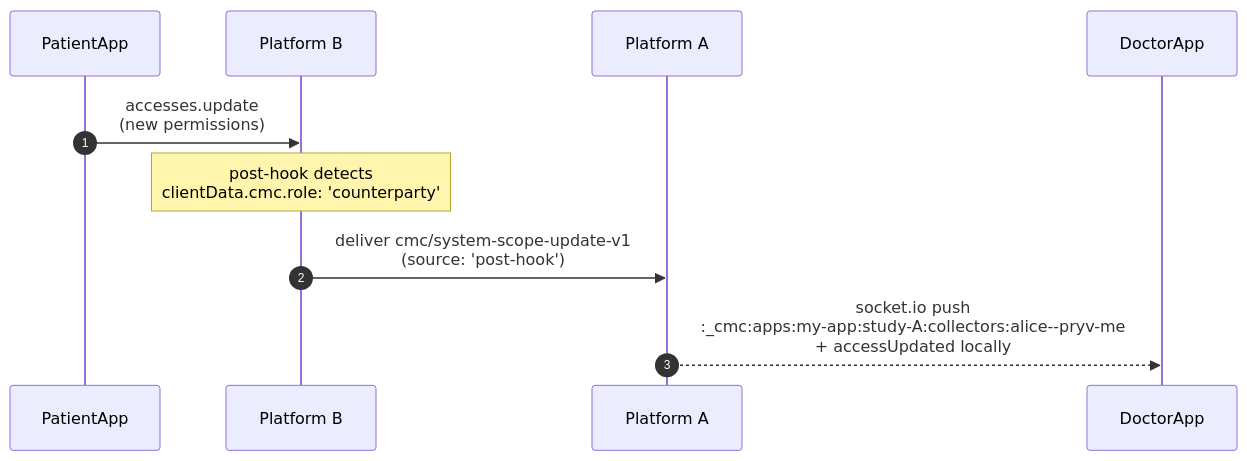
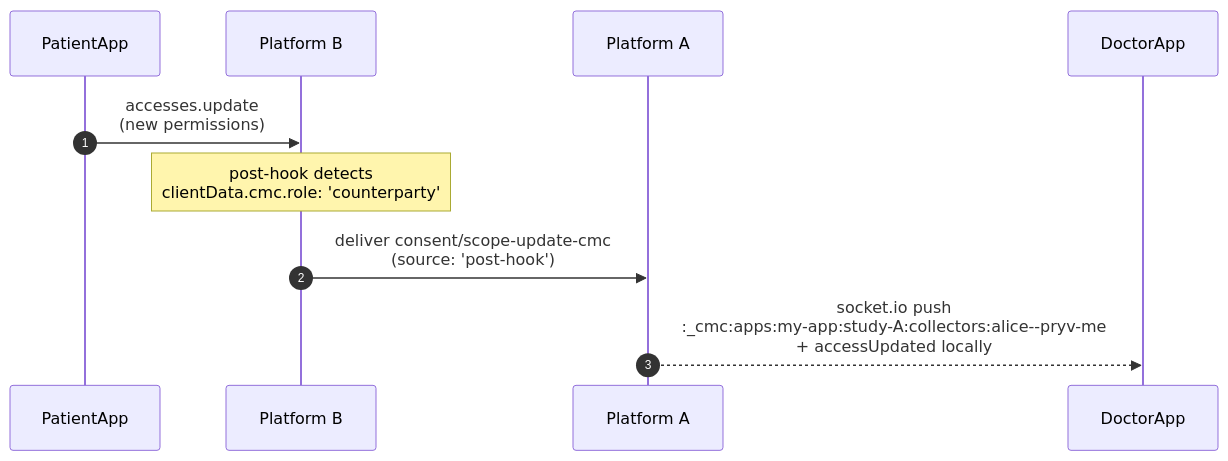
One commit to pryv/open-pryv.io changed the fifth of 5 diagrams in components/cmc/IMPLEMENTERS-GUIDE.md. Above: the diagram before and after it, drawn with Mermaid. The commit also changed other lines of this file and 40 other files, not shown here.

````diff
--- a/components/cmc/IMPLEMENTERS-GUIDE.md
+++ b/components/cmc/IMPLEMENTERS-GUIDE.md
@@ -569,13 +569,13 @@
 ```mermaid
 sequenceDiagram
     autonumber
     participant PatientApp
     participant PlatformB as Platform B
     participant PlatformA as Platform A
     participant DoctorApp
 
     PatientApp->>PlatformB: accesses.update<br/>(new permissions)
     Note over PlatformB: post-hook detects<br/>clientData.cmc.role: 'counterparty'
-    PlatformB->>PlatformA: deliver cmc/system-scope-update-v1<br/>(source: 'post-hook')
+    PlatformB->>PlatformA: deliver consent/scope-update-cmc<br/>(source: 'post-hook')
     PlatformA-->>DoctorApp: socket.io push<br/>:_cmc:apps:my-app:study-A:collectors:alice--pryv-me<br/>+ accessUpdated locally
 ```
````
